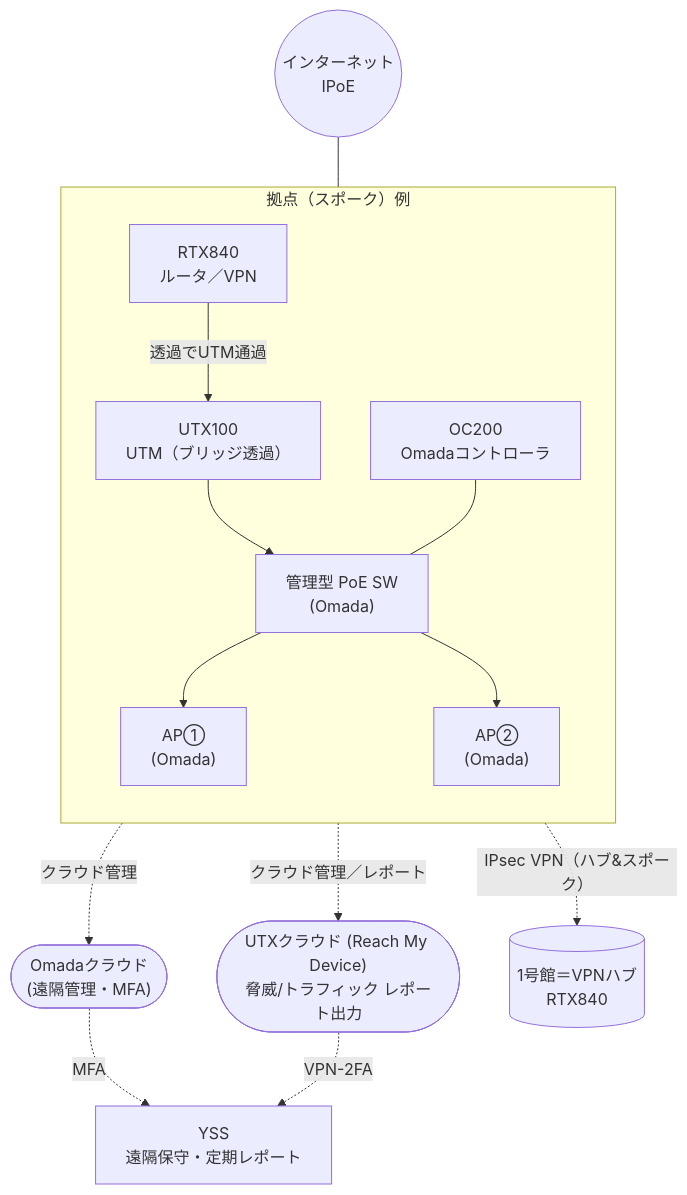
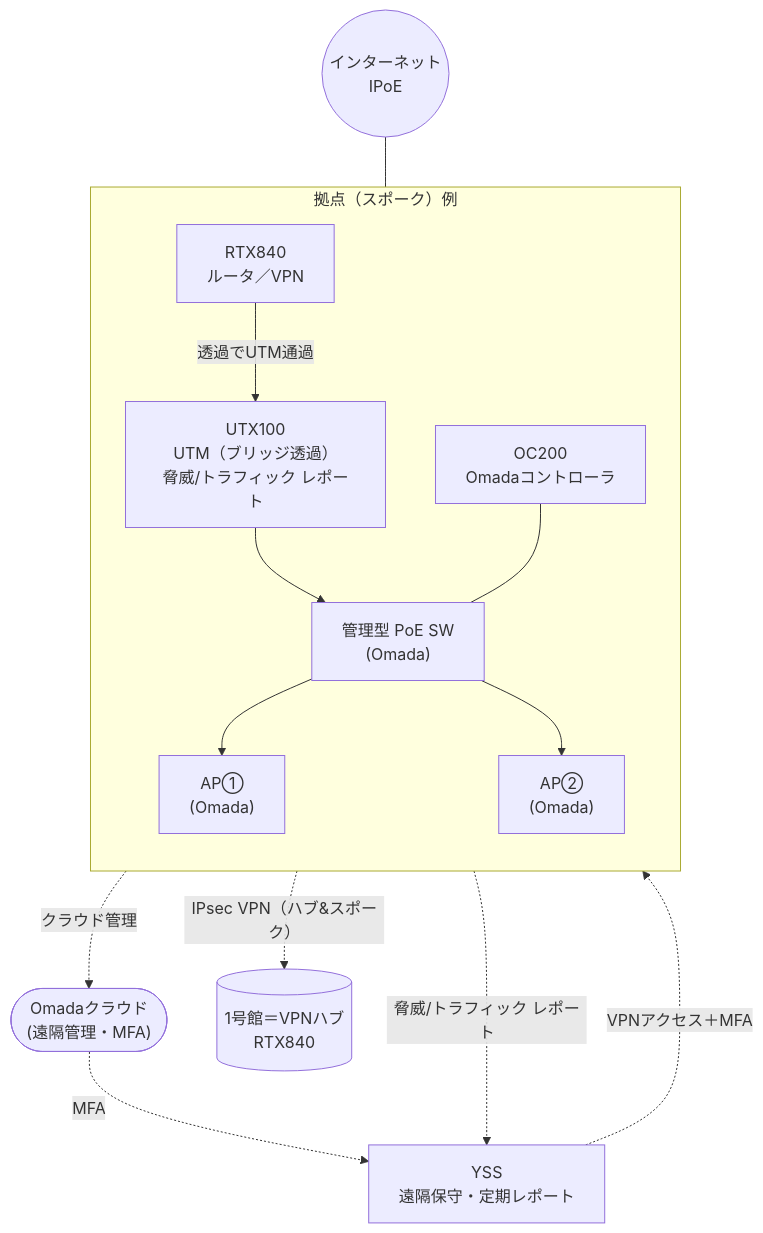
The diagram in work/nagoya-keiei-kaikei/03_documents/20260625_UTM方針_協議たたき台_ドットシンク.md (zva06206-shimizu/yss_secretary), drawn with Mermaid before and after one commit. The commit also changed other lines of this file, not shown here.

Commit message:
協議たたき台: 案をA/Bに統一(C=OSS-UTM除外)・構成図のUTX管理をVPNアクセス+MFAに修正(Reach My Device雲を削除しMFA統一と整合)

````diff
--- a/work/nagoya-keiei-kaikei/03_documents/20260625_UTM方針_協議たたき台_ドットシンク.md
+++ b/work/nagoya-keiei-kaikei/03_documents/20260625_UTM方針_協議たたき台_ドットシンク.md
@@ -62,31 +62,30 @@
 ```mermaid
 flowchart TB
     OMC(["Omadaクラウド<br/>(遠隔管理・MFA)"])
-    UTXC(["UTXクラウド (Reach My Device)<br/>脅威/トラフィック レポート出力"])
     YSS["YSS<br/>遠隔保守・定期レポート"]
     INET((インターネット<br/>IPoE))
     HUB[("1号館＝VPNハブ<br/>RTX840")]
 
     subgraph SITE["拠点（スポーク）例"]
       direction TB
       RTX["RTX840<br/>ルータ／VPN"]
-      UTX["UTX100<br/>UTM（ブリッジ透過）"]
+      UTX["UTX100<br/>UTM（ブリッジ透過）<br/>脅威/トラフィック レポート"]
       SW["管理型 PoE SW<br/>(Omada)"]
       AP1["AP①<br/>(Omada)"]
       AP2["AP②<br/>(Omada)"]
       OC["OC200<br/>Omadaコントローラ"]
     end
 
     INET --- RTX
     RTX -->|"透過でUTM通過"| UTX
     UTX --> SW
     SW --> AP1
     SW --> AP2
     OC --- SW
     RTX -. "IPsec VPN（ハブ&スポーク）" .-> HUB
 
     OC -. "クラウド管理" .-> OMC
-    UTX -. "クラウド管理／レポート" .-> UTXC
     OMC -. "MFA" .-> YSS
-    UTXC -. "VPN-2FA" .-> YSS
+    YSS -. "VPNアクセス＋MFA" .-> UTX
+    UTX -. "脅威/トラフィック レポート" .-> YSS
 ```
````
